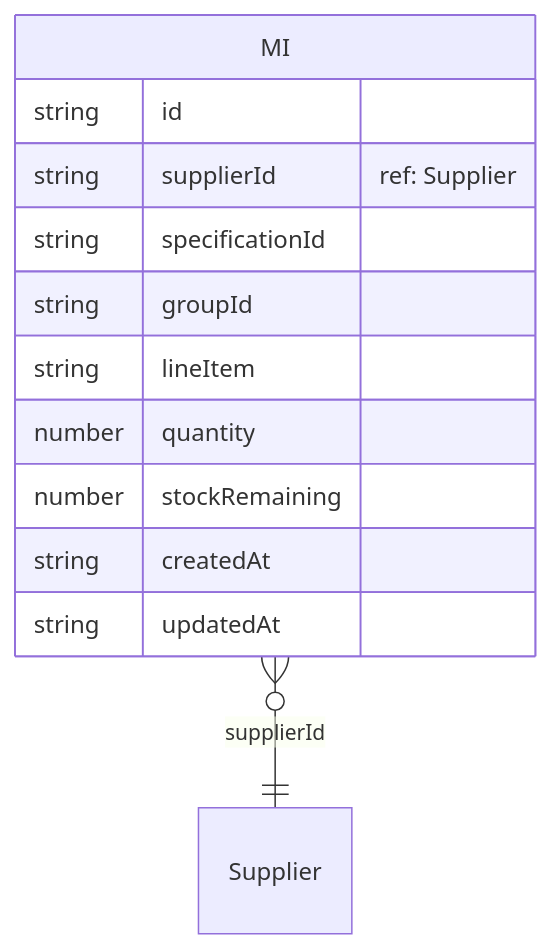
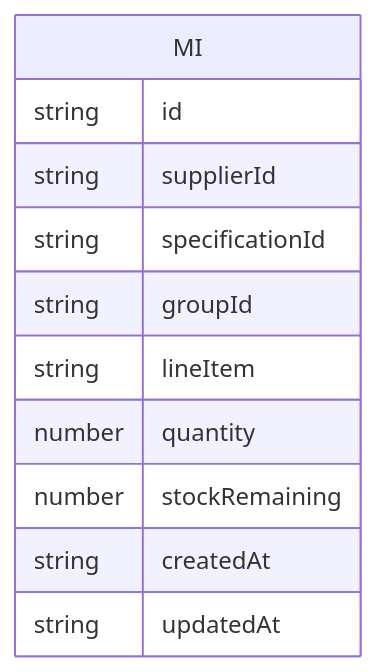
The second of 3 diagrams in internal/datastore/src/types.md (NHSDigital/nhs-notify-supplier-api), drawn with Mermaid before and after one commit. The commit also changed other lines of this file and 42 other files, not shown here.

````diff
--- a/internal/datastore/src/types.md
+++ b/internal/datastore/src/types.md
@@ -30,17 +30,14 @@
 ```mermaid
 erDiagram
     MI {
         string id
-        string supplierId "ref: Supplier"
+        string supplierId
         string specificationId
         string groupId
         string lineItem
         number quantity
         number stockRemaining
         string createdAt
         string updatedAt
     }
-    Supplier {
-    }
-    MI }o--|| Supplier : "supplierId"
 ```
````
